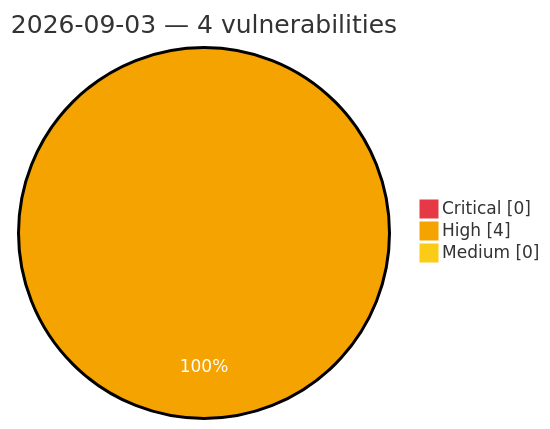
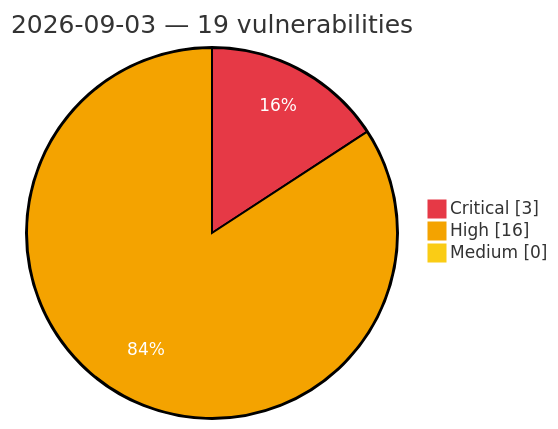
Before and after one commit to GhostX0X/vuln-tracker: the diagram in vulnerabilities/2026/September/2026-09-03.md, drawn with Mermaid. The commit also changed other lines of this file and 5 other files, not shown here.

Commit message:
Auto update: critical/high vulns (2026-09-03 14:07 UTC)

````diff
--- a/vulnerabilities/2026/September/2026-09-03.md
+++ b/vulnerabilities/2026/September/2026-09-03.md
@@ -3,8 +3,8 @@
 ```mermaid
 %%{init: {'theme':'base', 'themeVariables': {'pie1':'#e63946', 'pie2':'#f4a300', 'pie3':'#facc15', 'pieOpacity':'1', 'pieOuterStrokeWidth':'2px', 'pieSectionTextColor':'#ffffff'}}}%%
 pie showData
-    title 2026-09-03 — 4 vulnerabilities
-    "Critical" : 0
-    "High" : 4
+    title 2026-09-03 — 19 vulnerabilities
+    "Critical" : 3
+    "High" : 16
     "Medium" : 0
 ```
````
